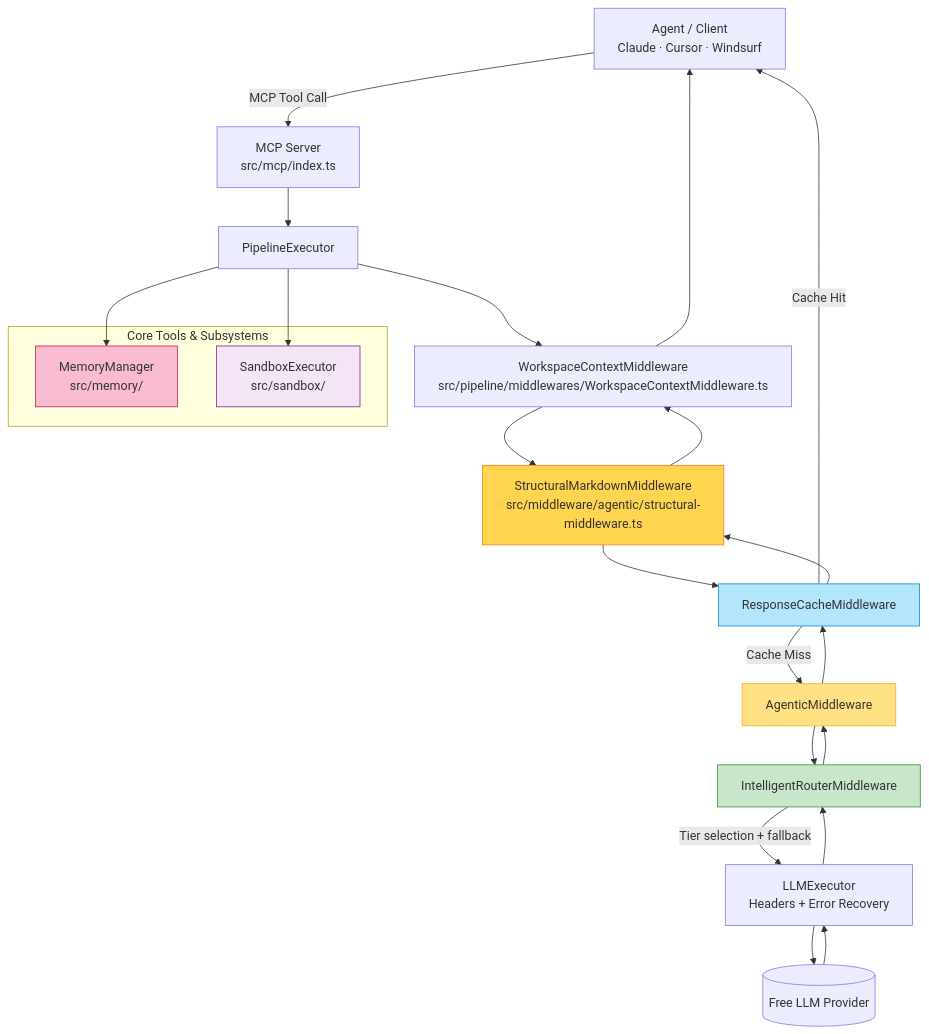
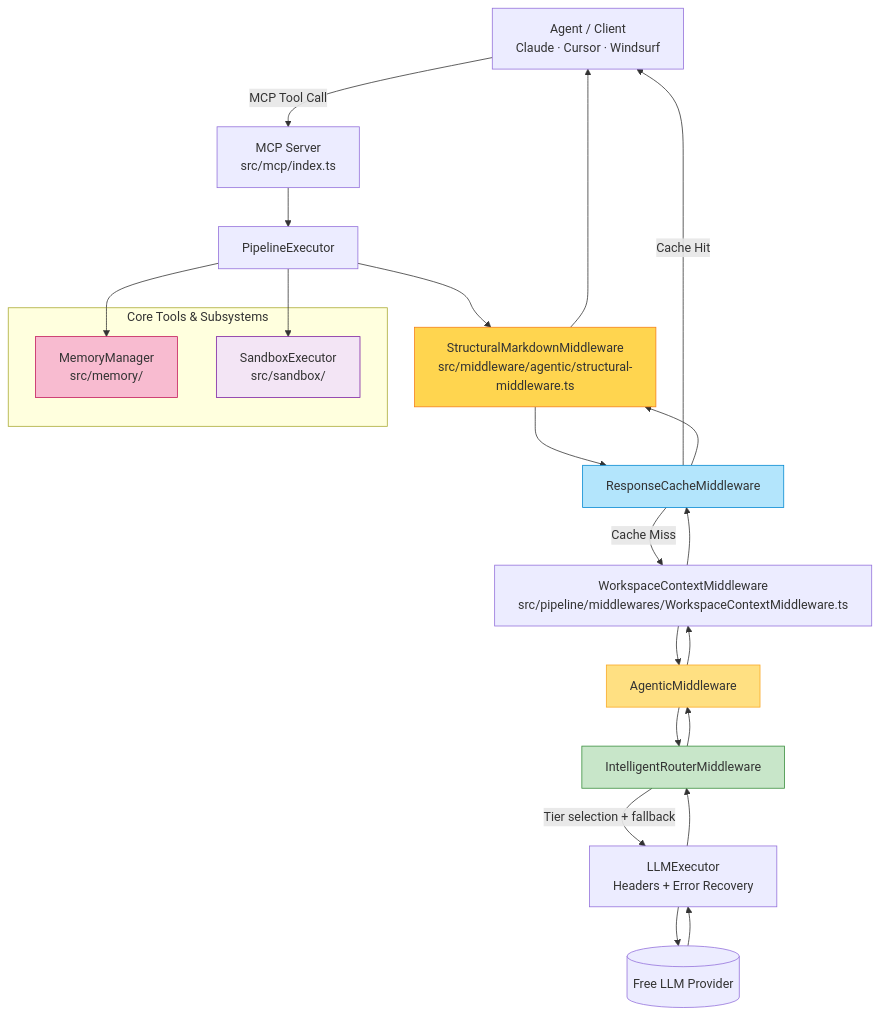
Before and after one commit to djmahe4/awesome-free-llm-apis: the diagram in mcp-server/README.md, drawn with Mermaid. The commit also changed other lines of this file, not shown here.

````diff
--- a/mcp-server/README.md
+++ b/mcp-server/README.md
@@ -9,31 +9,31 @@
 ```mermaid
 graph TD
     A[Agent / Client<br/>Claude · Cursor · Windsurf] -->|MCP Tool Call| B[MCP Server<br/>src/mcp/index.ts]
     B --> C[PipelineExecutor]
     
     subgraph "Core Tools & Subsystems"
         J[MemoryManager<br/>src/memory/]
         K[SandboxExecutor<br/>src/sandbox/]
     end
 
-    C --> L[WorkspaceContextMiddleware<br/>src/pipeline/middlewares/WorkspaceContextMiddleware.ts]
-    L --> D[StructuralMarkdownMiddleware<br/>src/middleware/agentic/structural-middleware.ts]
+    C --> D[StructuralMarkdownMiddleware<br/>src/middleware/agentic/structural-middleware.ts]
     D --> E[ResponseCacheMiddleware]
-    E -->|Cache Miss| F[AgenticMiddleware]
+    E -->|Cache Miss| L[WorkspaceContextMiddleware<br/>src/pipeline/middlewares/WorkspaceContextMiddleware.ts]
+    L --> F[AgenticMiddleware]
     F --> G[IntelligentRouterMiddleware]
     G -->|Tier selection + fallback| H[LLMExecutor<br/>Headers + Error Recovery]
     H --> I[(Free LLM Provider)]
 
     C --> J
     C --> K
     
     E -->|Cache Hit| A
-    I --> H --> G --> F --> E --> D --> L --> A
+    I --> H --> G --> F --> L --> E --> D --> A
 
     style D fill:#ffd54f,stroke:#f57f17
     style F fill:#ffe082,stroke:#f9a825
     style E fill:#b3e5fc,stroke:#0288d1
     style G fill:#c8e6c9,stroke:#388e3c
     style J fill:#f8bbd0,stroke:#c2185b
     style K fill:#f3e5f5,stroke:#7b1fa2
 ```
````
